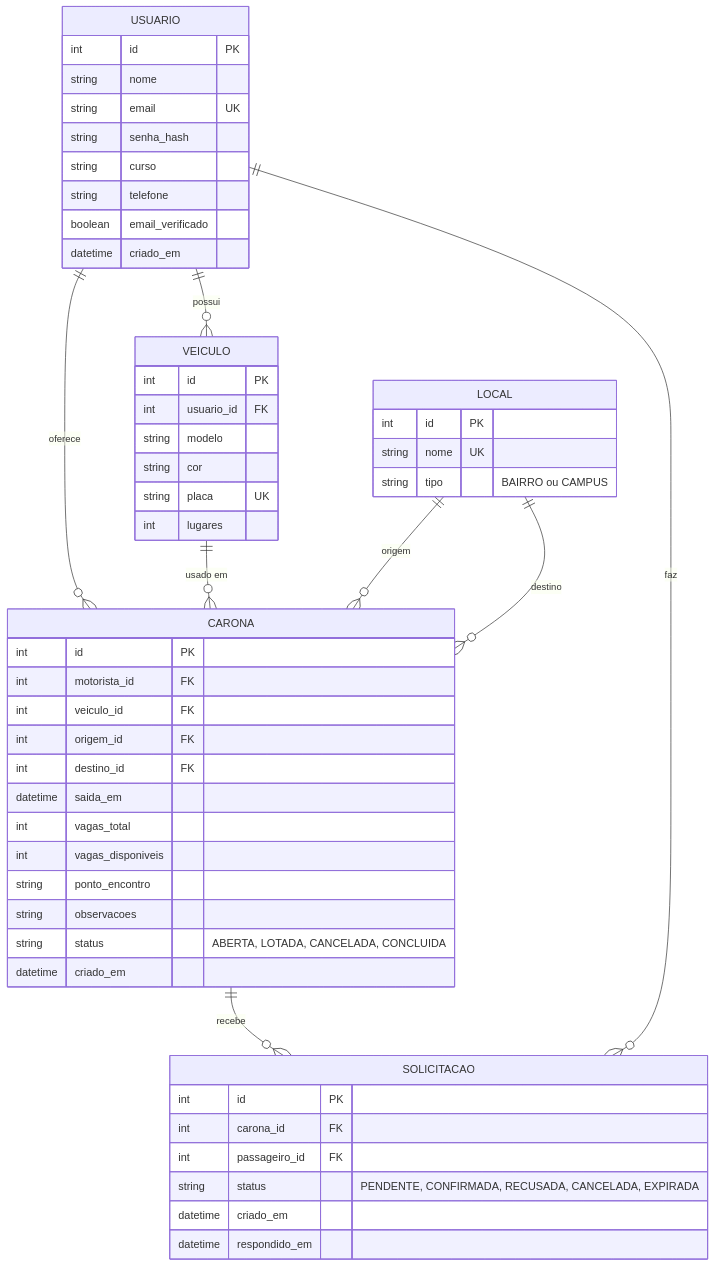
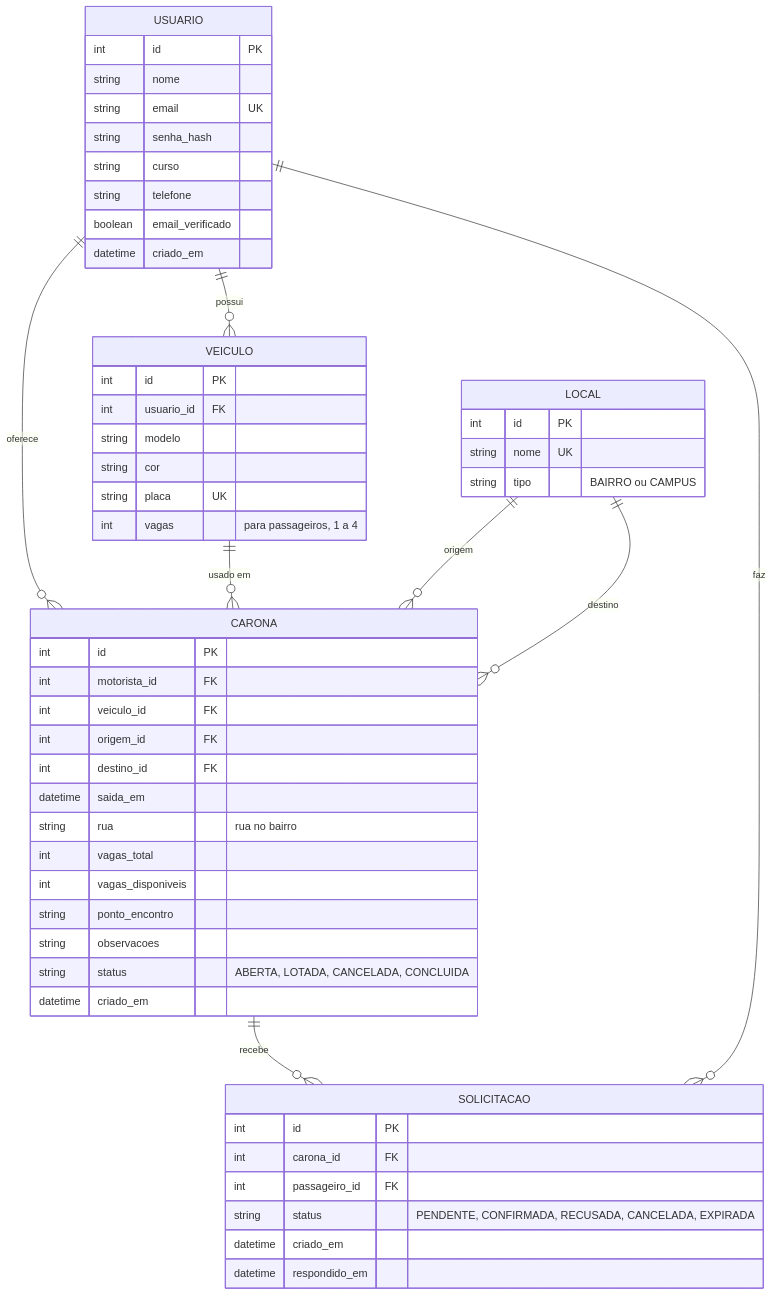
Before and after one commit to Lusca1337/Caroville: the second of 2 diagrams in README.md, drawn with Mermaid. The commit also changed other lines of this file and 21 other files, not shown here.

Commit message:
Adiciona rua na carona, busca por dia, vagas do veiculo e ajusta telefone

````diff
--- a/README.md
+++ b/README.md
@@ -185,56 +185,57 @@
 ```mermaid
 erDiagram
   USUARIO ||--o{ VEICULO : possui
   USUARIO ||--o{ CARONA : oferece
   VEICULO ||--o{ CARONA : "usado em"
   LOCAL ||--o{ CARONA : origem
   LOCAL ||--o{ CARONA : destino
   CARONA ||--o{ SOLICITACAO : recebe
   USUARIO ||--o{ SOLICITACAO : faz
 
   USUARIO {
     int id PK
     string nome
     string email UK
     string senha_hash
     string curso
     string telefone
     boolean email_verificado
     datetime criado_em
   }
   VEICULO {
     int id PK
     int usuario_id FK
     string modelo
     string cor
     string placa UK
-    int lugares
+    int vagas "para passageiros, 1 a 4"
   }
   LOCAL {
     int id PK
     string nome UK
     string tipo "BAIRRO ou CAMPUS"
   }
   CARONA {
     int id PK
     int motorista_id FK
     int veiculo_id FK
     int origem_id FK
     int destino_id FK
     datetime saida_em
+    string rua "rua no bairro"
     int vagas_total
     int vagas_disponiveis
     string ponto_encontro
     string observacoes
     string status "ABERTA, LOTADA, CANCELADA, CONCLUIDA"
     datetime criado_em
   }
   SOLICITACAO {
     int id PK
     int carona_id FK
     int passageiro_id FK
     string status "PENDENTE, CONFIRMADA, RECUSADA, CANCELADA, EXPIRADA"
     datetime criado_em
     datetime respondido_em
   }
 ```
````
